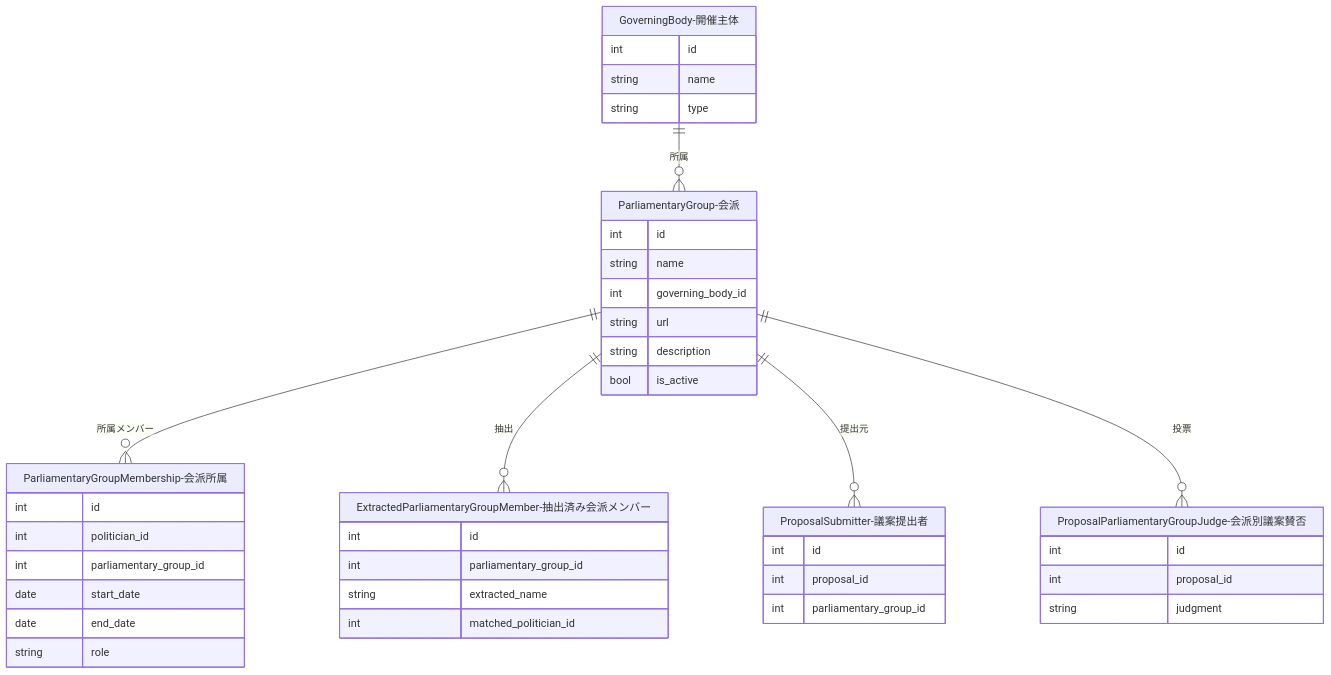
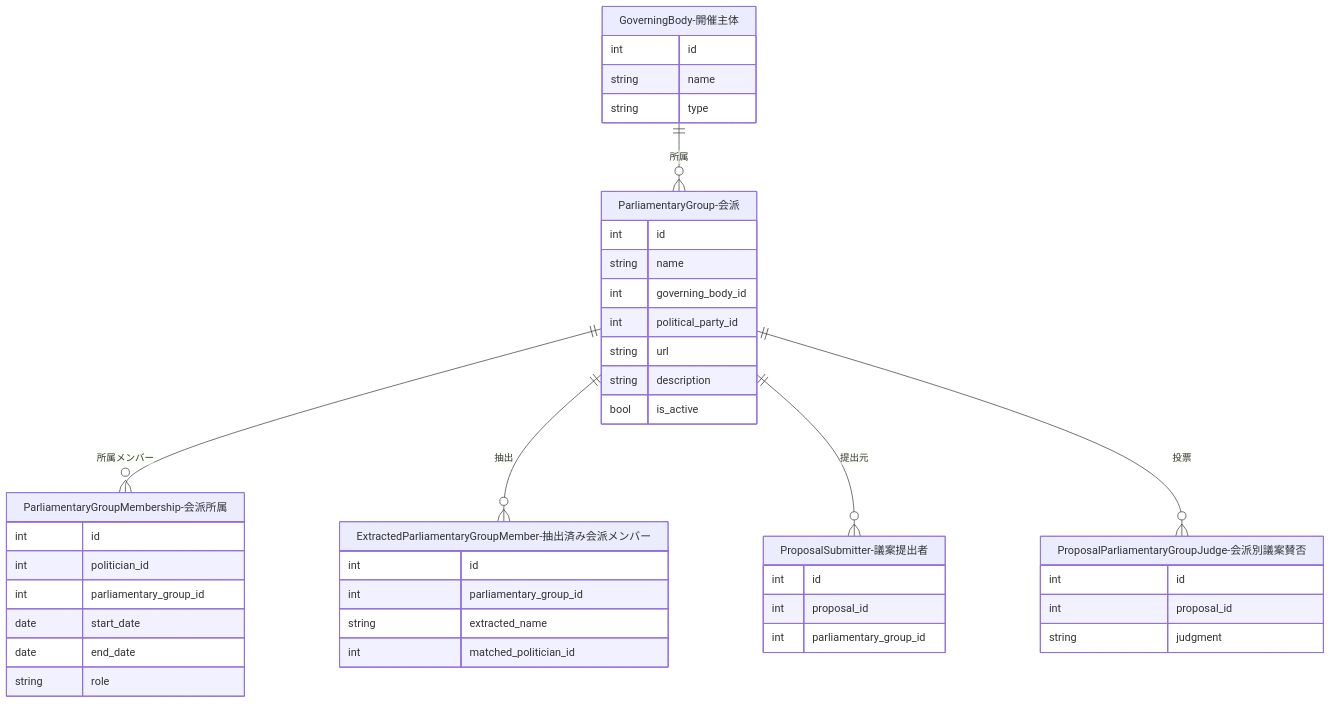
The first of 2 diagrams in docs/development/data-creation/parliamentary-group.md (sage-base/corporation-docs), drawn with Mermaid before and after one commit. The commit also changed other lines of this file and 3 other files, not shown here.

````diff
--- a/docs/development/data-creation/parliamentary-group.md
+++ b/docs/development/data-creation/parliamentary-group.md
@@ -29,51 +32,52 @@
 ```mermaid
 erDiagram
     GoverningBody-開催主体 ||--o{ ParliamentaryGroup-会派 : "所属"
     ParliamentaryGroup-会派 ||--o{ ParliamentaryGroupMembership-会派所属 : "所属メンバー"
     ParliamentaryGroup-会派 ||--o{ ExtractedParliamentaryGroupMember-抽出済み会派メンバー : "抽出"
     ParliamentaryGroup-会派 ||--o{ ProposalSubmitter-議案提出者 : "提出元"
     ParliamentaryGroup-会派 ||--o{ ProposalParliamentaryGroupJudge-会派別議案賛否 : "投票"
 
     GoverningBody-開催主体 {
         int id
         string name
         string type
     }
 
     ParliamentaryGroup-会派 {
         int id
         string name
         int governing_body_id
+        int political_party_id
         string url
         string description
         bool is_active
     }
 
     ParliamentaryGroupMembership-会派所属 {
         int id
         int politician_id
         int parliamentary_group_id
         date start_date
         date end_date
         string role
     }
 
     ExtractedParliamentaryGroupMember-抽出済み会派メンバー {
         int id
         int parliamentary_group_id
         string extracted_name
         int matched_politician_id
     }
 
     ProposalSubmitter-議案提出者 {
         int id
         int proposal_id
         int parliamentary_group_id
     }
 
     ProposalParliamentaryGroupJudge-会派別議案賛否 {
         int id
         int proposal_id
         string judgment
     }
 ```
````
